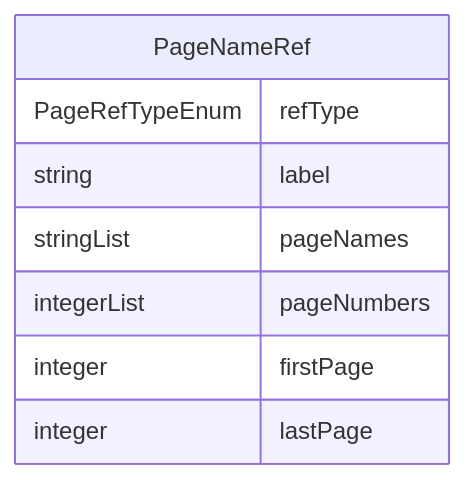
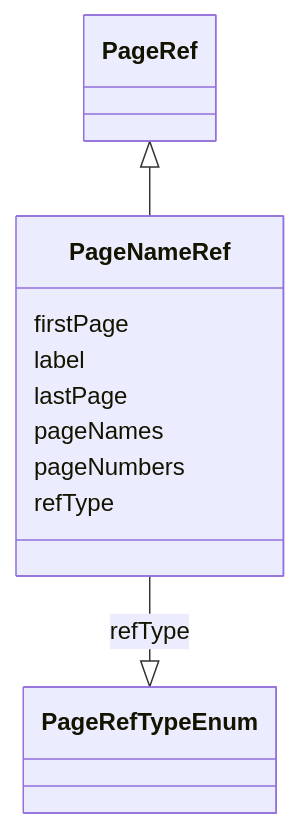
The diagram in project/docs/PageNameRef.md (cdisc-org/analysis-results-standard), drawn with Mermaid before and after one commit. The commit also changed 256 other files, not shown here.

Commit message:
Documentation diagrams

````diff
--- a/project/docs/PageNameRef.md
+++ b/project/docs/PageNameRef.md
@@ -13,14 +15,21 @@
 ```mermaid
-erDiagram
-PageNameRef {
-    PageRefTypeEnum refType  
-    string label  
-    stringList pageNames  
-    integerList pageNumbers  
-    integer firstPage  
-    integer lastPage  
-}
-
-
-
+ classDiagram
+    class PageNameRef
+      PageRef <|-- PageNameRef
+      
+      PageNameRef : firstPage
+        
+      PageNameRef : label
+        
+      PageNameRef : lastPage
+        
+      PageNameRef : pageNames
+        
+      PageNameRef : pageNumbers
+        
+      PageNameRef : refType
+        
+          PageNameRef --|> PageRefTypeEnum : refType
+        
+      
 ```
````
